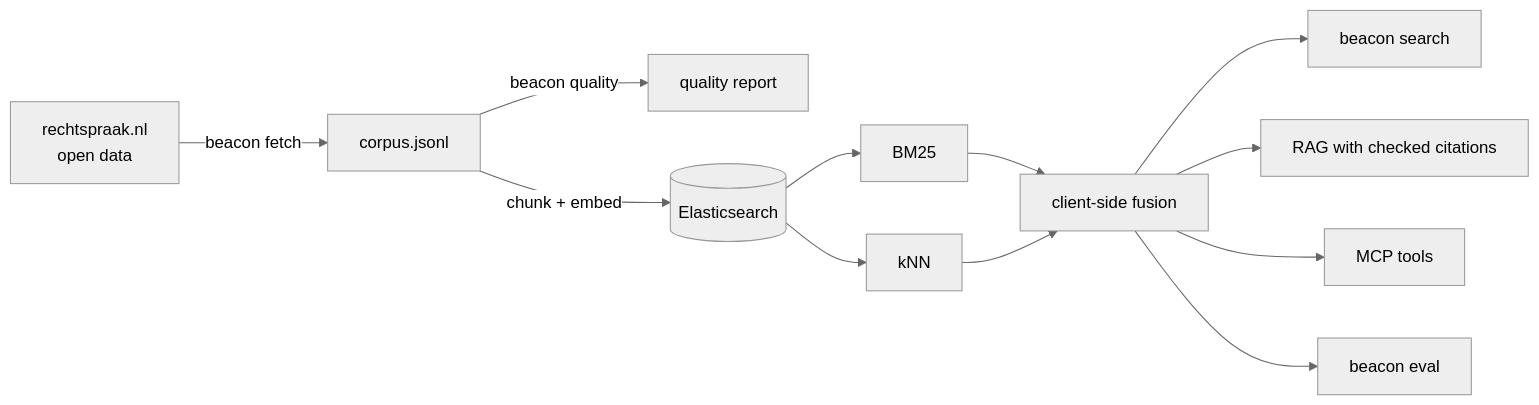
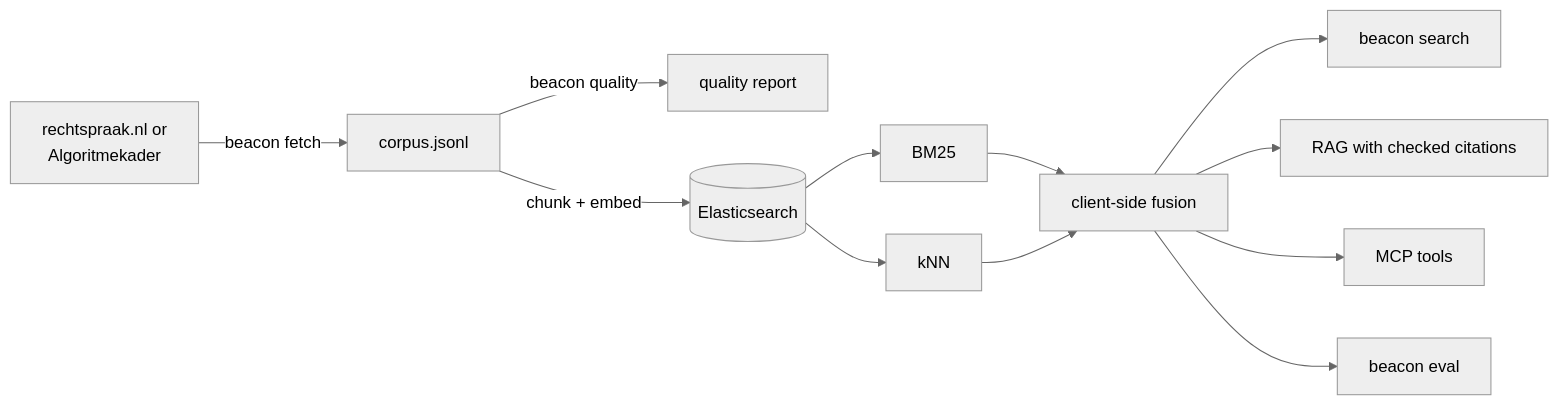
Before and after one commit to BarisAtik/argus-panoptes: the diagram in search/beacon/README.md, drawn with Mermaid (neutral theme). The commit also changed other lines of this file and 29 other files, not shown here.

````diff
--- a/search/beacon/README.md
+++ b/search/beacon/README.md
@@ -7,14 +10,14 @@
 ```mermaid
 flowchart LR
-    A[rechtspraak.nl<br>open data] -->|beacon fetch| B[corpus.jsonl]
+    A[rechtspraak.nl or<br>Algoritmekader] -->|beacon fetch| B[corpus.jsonl]
     B -->|beacon quality| Q[quality report]
     B -->|chunk + embed| C[(Elasticsearch)]
     C --> D[BM25]
     C --> E[kNN]
     D --> F[client-side fusion]
     E --> F
     F --> G[beacon search]
     F --> H[RAG with checked citations]
     F --> I[MCP tools]
     F --> J[beacon eval]
 ```
````
